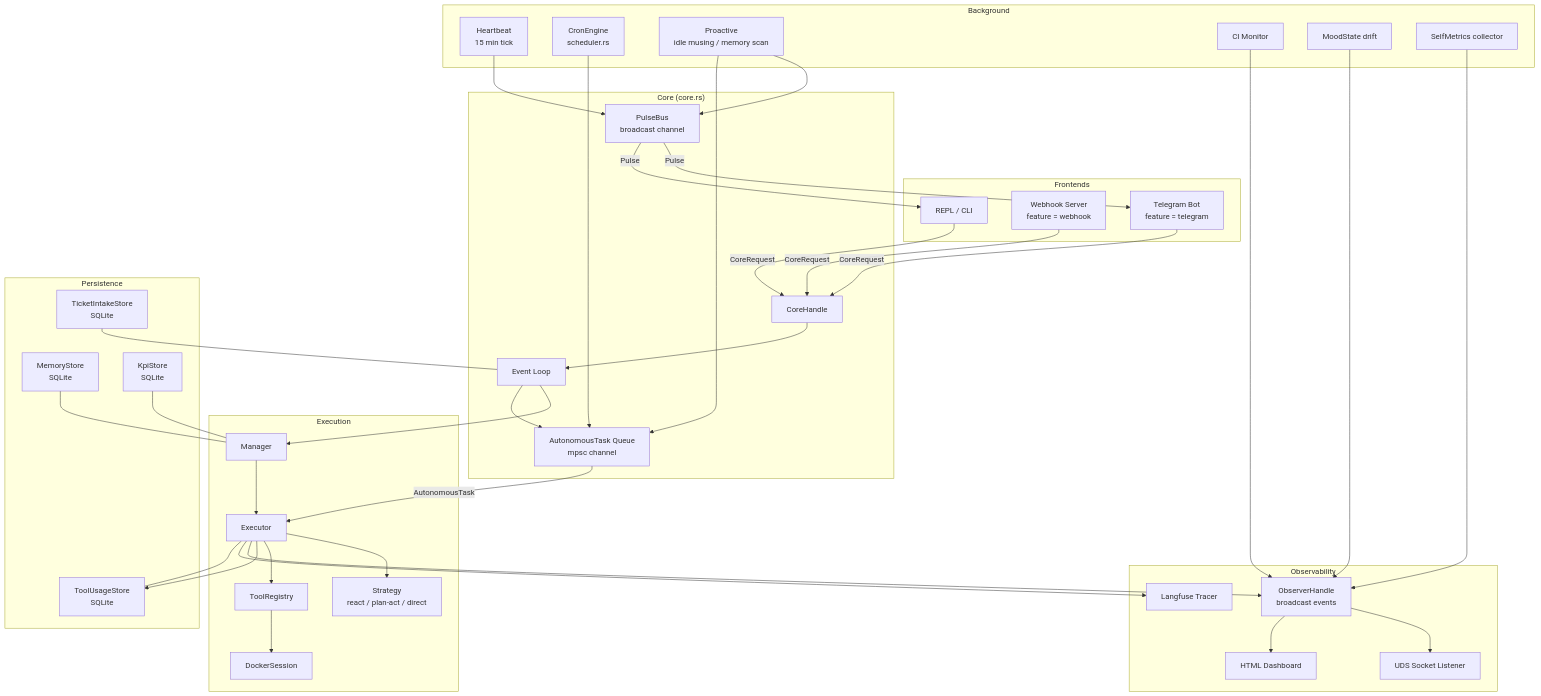
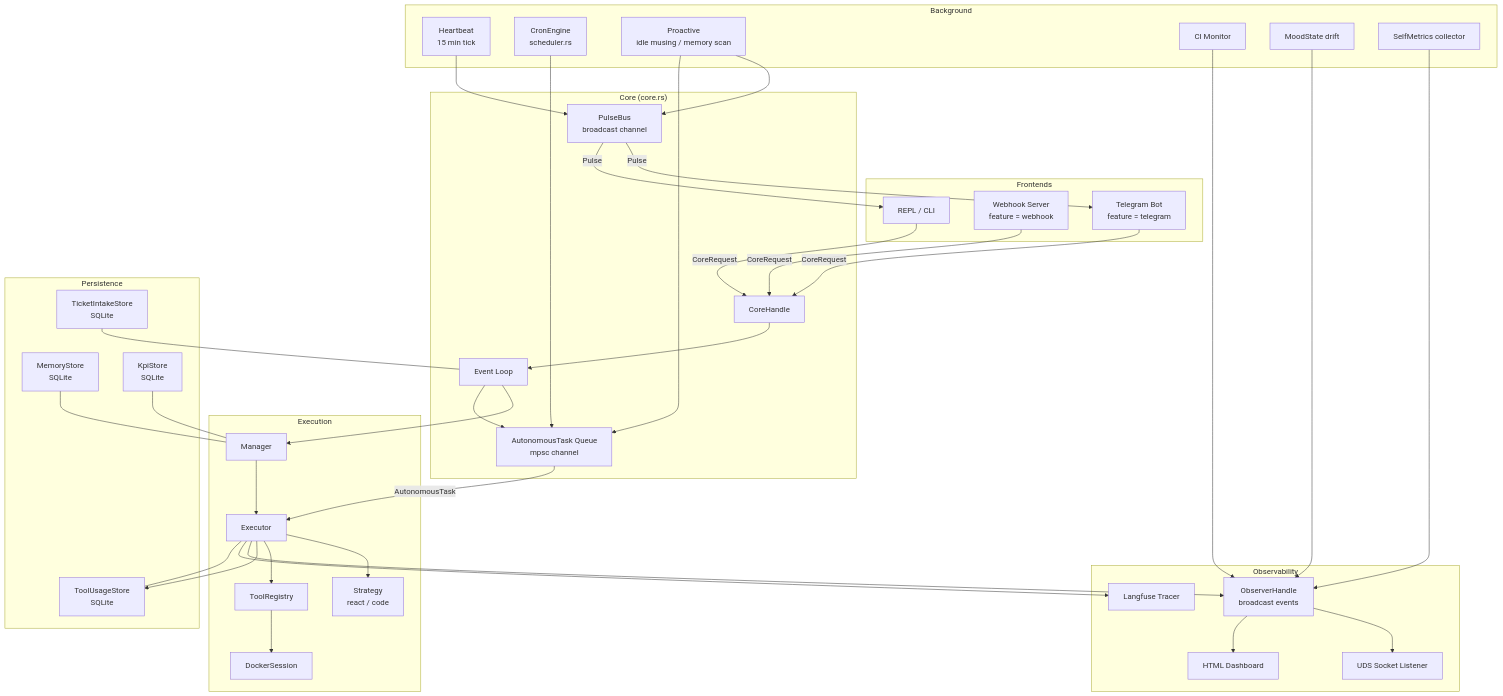
One commit to Enreign/athena changed the first of 6 diagrams in docs/architecture.md. Above: the diagram before and after it, drawn with Mermaid. The commit also changed other lines of this file and 8 other files, not shown here.

````diff
--- a/docs/architecture.md
+++ b/docs/architecture.md
@@ -13,80 +13,80 @@
 ```mermaid
 graph TB
     subgraph Frontends
         TG[Telegram Bot<br/>feature = telegram]
         WH[Webhook Server<br/>feature = webhook]
         REPL[REPL / CLI]
     end
 
     subgraph Core["Core (core.rs)"]
         CH[CoreHandle]
         EL[Event Loop]
         ATQ[AutonomousTask Queue<br/>mpsc channel]
         PB[PulseBus<br/>broadcast channel]
     end
 
     subgraph Execution
         MGR[Manager]
         EXEC[Executor]
-        STRAT[Strategy<br/>react / plan-act / direct]
+        STRAT[Strategy<br/>react / code]
         TR[ToolRegistry]
         DOCKER[DockerSession]
     end
 
     subgraph Background
         HB[Heartbeat<br/>15 min tick]
         SCHED[CronEngine<br/>scheduler.rs]
         PROACT[Proactive<br/>idle musing / memory scan]
         CI[CI Monitor]
         MOOD[MoodState drift]
         METRICS[SelfMetrics collector]
     end
 
     subgraph Persistence
         MEM[MemoryStore<br/>SQLite]
         TUS[ToolUsageStore<br/>SQLite]
         TI[TicketIntakeStore<br/>SQLite]
         KPI[KpiStore<br/>SQLite]
     end
 
     subgraph Observability
         OBS[ObserverHandle<br/>broadcast events]
         UDS[UDS Socket Listener]
         LFTX[Langfuse Tracer]
         DASH[HTML Dashboard]
     end
 
     TG -->|CoreRequest| CH
     WH -->|CoreRequest| CH
     REPL -->|CoreRequest| CH
     CH --> EL
     EL --> MGR
     EL --> ATQ
     ATQ -->|AutonomousTask| EXEC
     MGR --> EXEC
     EXEC --> STRAT
     EXEC --> TR
     TR --> DOCKER
     EXEC --> TUS
     EXEC --> OBS
 
     HB --> PB
     SCHED --> ATQ
     PROACT --> PB
     PROACT --> ATQ
     CI --> OBS
     MOOD --> OBS
     METRICS --> OBS
 
     PB -->|Pulse| TG
     PB -->|Pulse| REPL
 
     OBS --> UDS
     OBS --> DASH
     EXEC --> LFTX
 
     MEM --- MGR
     TUS --- EXEC
     TI --- EL
     KPI --- MGR
 ```
````
